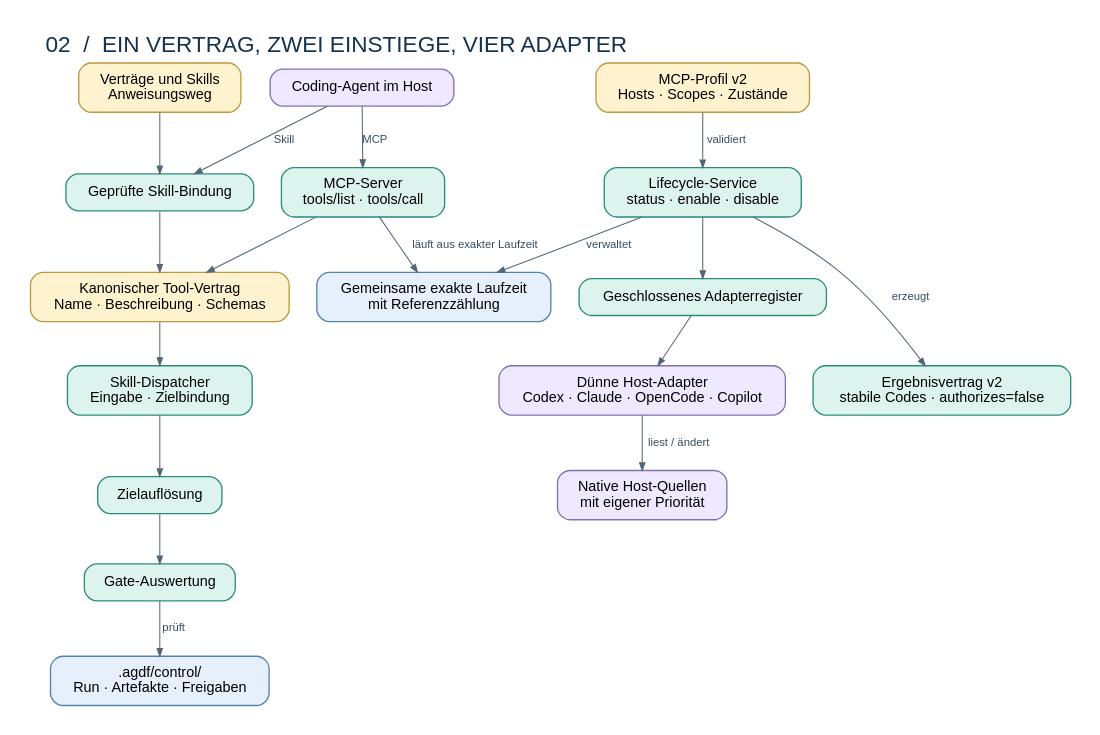
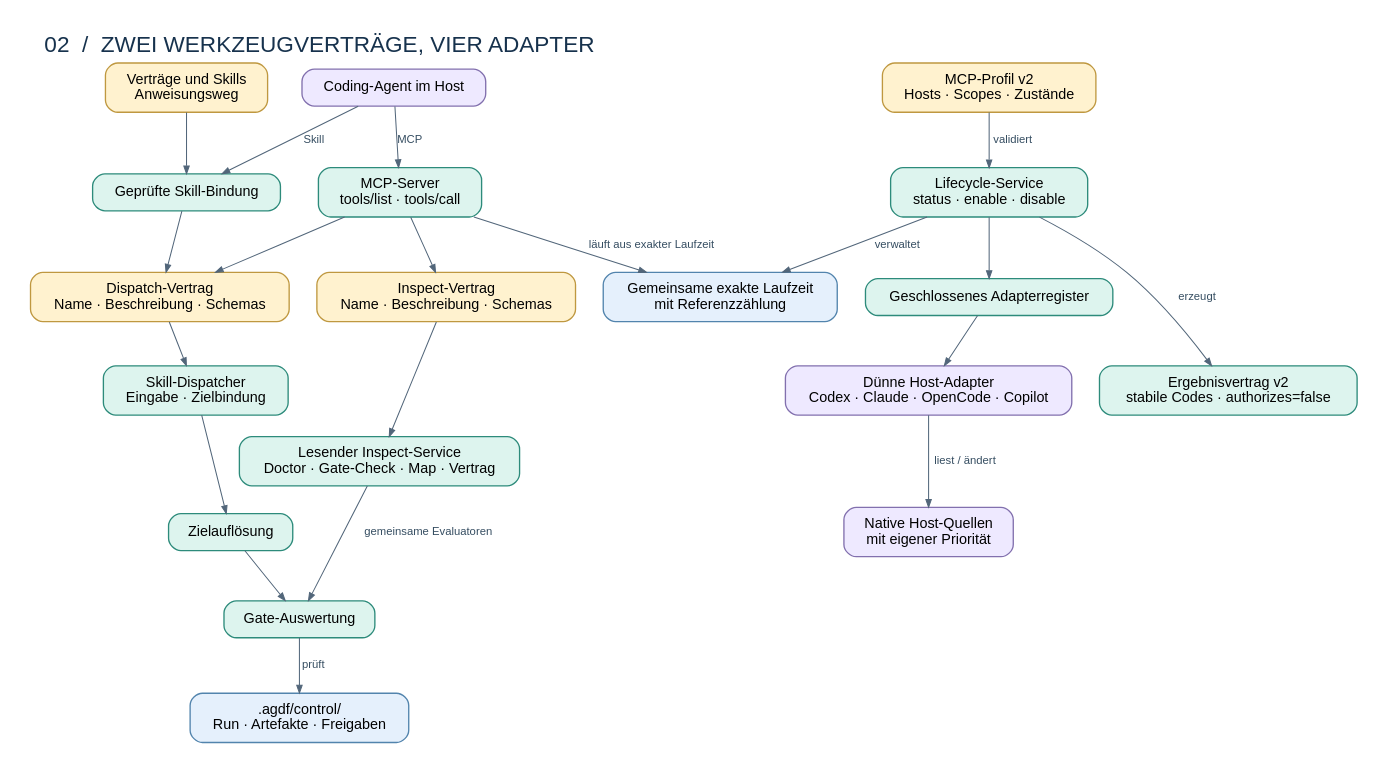
One commit to ArndtGold/ai-native-governance-delivery-framework changed the diagram in docs/architecture/diagrams/02-components.dot. Above: the diagram before and after it, drawn with Graphviz. The commit also changed 118 other files, not shown here.

```diff
--- a/docs/architecture/diagrams/02-components.dot
+++ b/docs/architecture/diagrams/02-components.dot
@@ -1,47 +1,52 @@
 digraph components {
-  graph [rankdir=TB, newrank=true, bgcolor="white", pad=0.3, nodesep=0.38, ranksep=0.58, fontname="Helvetica", label="02  /  EIN VERTRAG, ZWEI EINSTIEGE, VIER ADAPTER", labelloc=t, labeljust=l, fontsize=22, fontcolor="#17324D"];
+  graph [rankdir=TB, newrank=true, bgcolor="white", pad=0.3, nodesep=0.38, ranksep=0.58, fontname="Helvetica", label="02  /  ZWEI WERKZEUGVERTRÄGE, VIER ADAPTER", labelloc=t, labeljust=l, fontsize=22, fontcolor="#17324D"];
   node [shape=box, style="rounded,filled", color="#2D8B7B", fillcolor="#DDF4EE", fontname="Helvetica", fontsize=14, margin="0.18,0.12", penwidth=1.3];
   edge [color="#52667A", arrowsize=0.75, fontname="Helvetica", fontsize=11, fontcolor="#354D61"];
 
   skills [label="Verträge und Skills\nAnweisungsweg", fillcolor="#FFF2CF", color="#BF9840"];
   binding [label="Geprüfte Skill-Bindung"];
   host [label="Coding-Agent im Host", fillcolor="#EEE9FF", color="#8270AE"];
   server [label="MCP-Server\ntools/list · tools/call"];
-  contract [label="Kanonischer Tool-Vertrag\nName · Beschreibung · Schemas", fillcolor="#FFF2CF", color="#BF9840"];
+  contract [label="Dispatch-Vertrag\nName · Beschreibung · Schemas", fillcolor="#FFF2CF", color="#BF9840"];
   dispatch [label="Skill-Dispatcher\nEingabe · Zielbindung"];
+  inspect_contract [label="Inspect-Vertrag\nName · Beschreibung · Schemas", fillcolor="#FFF2CF", color="#BF9840"];
+  inspect [label="Lesender Inspect-Service\nDoctor · Gate-Check · Map · Vertrag"];
   target [label="Zielauflösung"];
   gate [label="Gate-Auswertung"];
   state [label=".agdf/control/\nRun · Artefakte · Freigaben", fillcolor="#E5F0FC", color="#5284AD"];
 
   profile [label="MCP-Profil v2\nHosts · Scopes · Zustände", fillcolor="#FFF2CF", color="#BF9840"];
   service [label="Lifecycle-Service\nstatus · enable · disable"];
   registry [label="Geschlossenes Adapterregister"];
   adapters [label="Dünne Host-Adapter\nCodex · Claude · OpenCode · Copilot", fillcolor="#EEE9FF", color="#8270AE"];
   config [label="Native Host-Quellen\nmit eigener Priorität", fillcolor="#EEE9FF", color="#8270AE"];
   runtime [label="Gemeinsame exakte Laufzeit\nmit Referenzzählung", fillcolor="#E5F0FC", color="#5284AD"];
   result [label="Ergebnisvertrag v2\nstabile Codes · authorizes=false"];
 
   host -> binding [label="Skill"];
   host -> server [label="MCP"];
   skills -> binding;
   binding -> contract;
   server -> contract;
+  server -> inspect_contract;
   contract -> dispatch;
+  inspect_contract -> inspect;
   dispatch -> target;
   target -> gate;
+  inspect -> gate [label="gemeinsame Evaluatoren"];
   gate -> state [label="prüft"];
 
   profile -> service [label="validiert"];
   service -> registry;
   registry -> adapters;
   adapters -> config [label="liest / ändert"];
   service -> runtime [label="verwaltet"];
   service -> result [label="erzeugt"];
   server -> runtime [label="läuft aus exakter Laufzeit"];
 
   {rank=same; skills; host; profile;}
   {rank=same; binding; server; service;}
   {rank=same; contract; registry; runtime;}
   {rank=same; dispatch; adapters; result;}
   {rank=same; target; config;}
 }
```
